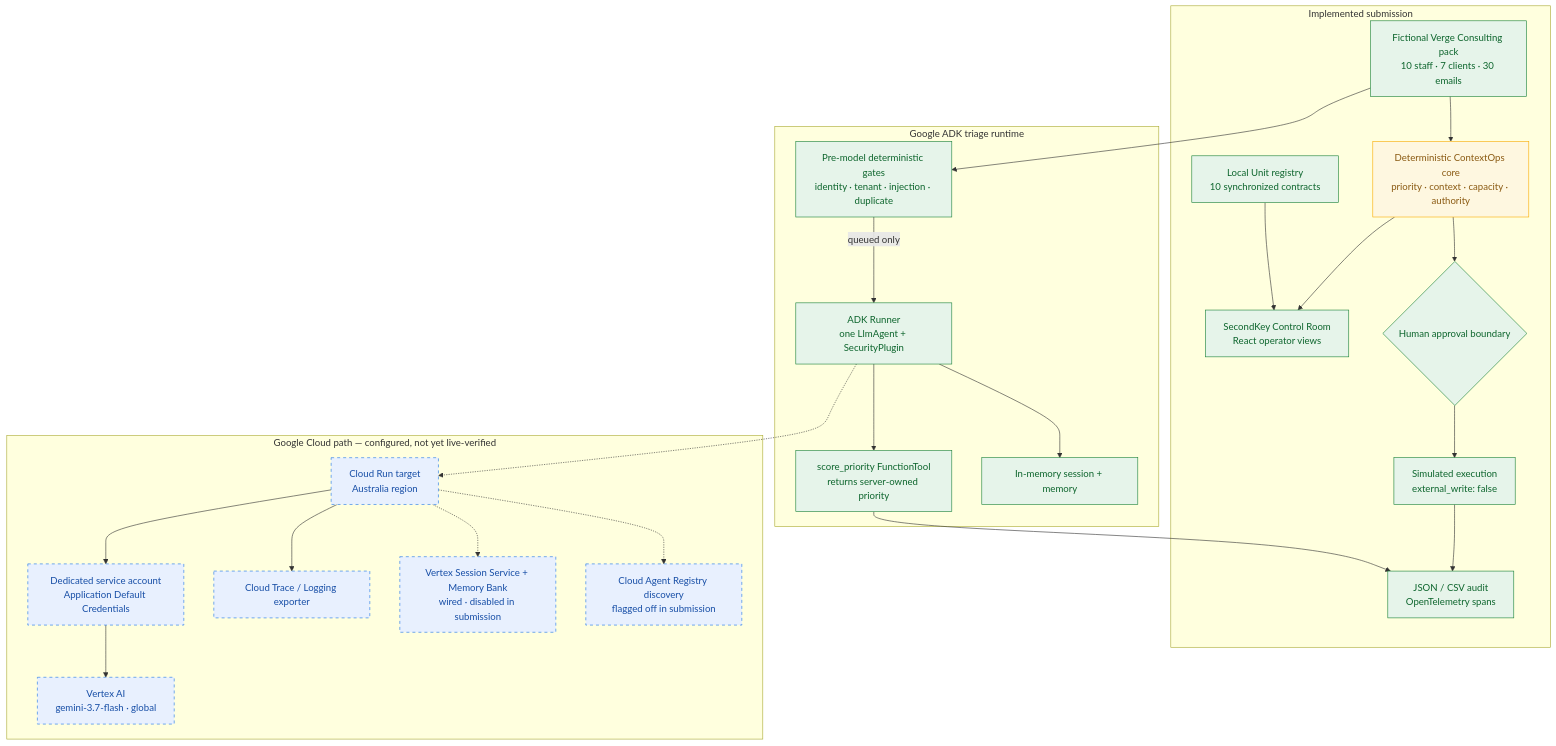
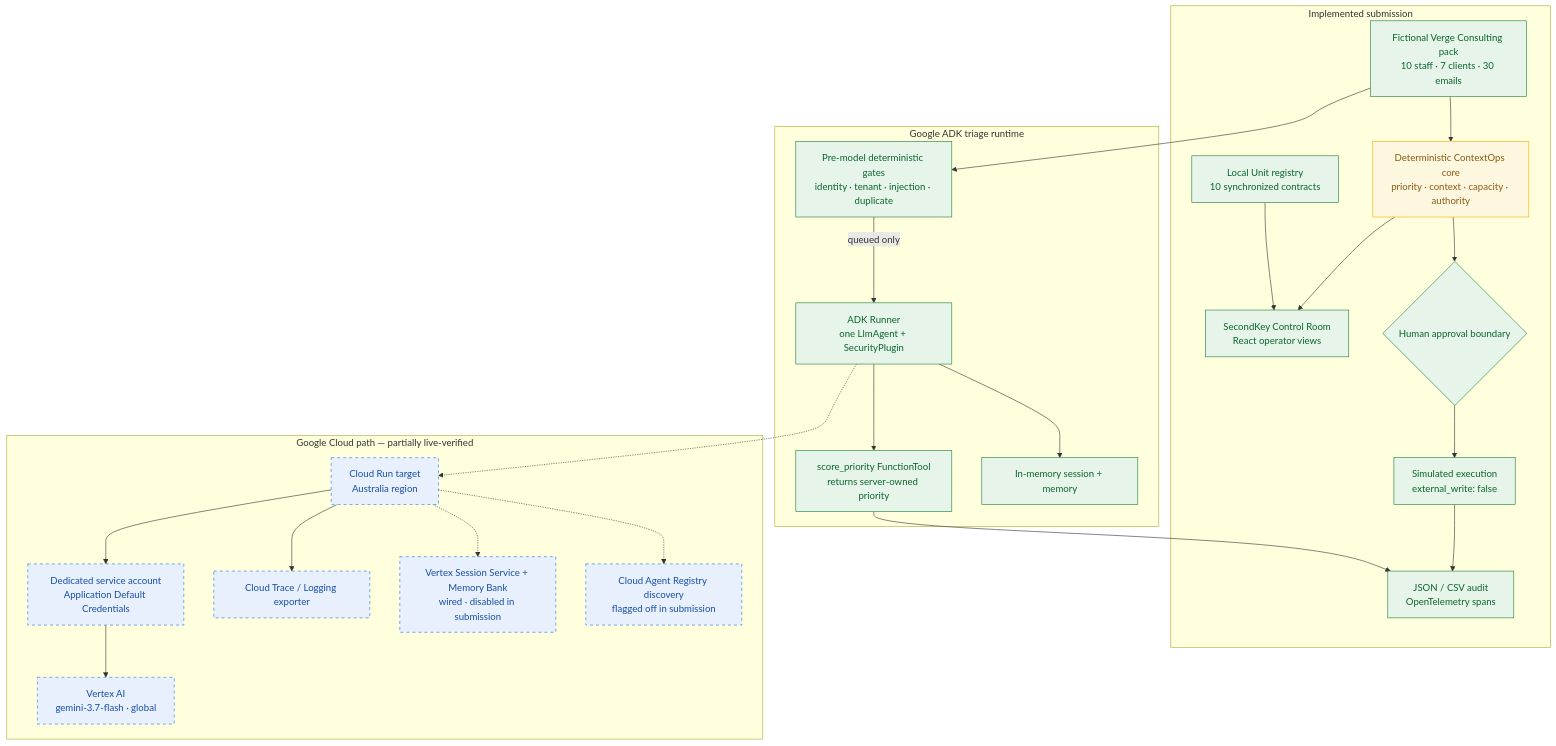
One commit to vcdwio/secondkey changed the first of 3 diagrams in ARCHITECTURE_DIAGRAM.md. Above: the diagram before and after it, drawn with Mermaid. The commit also changed other lines of this file and 3 other files, not shown here.

Commit message:
docs: record live cloud verification status

````diff
--- a/ARCHITECTURE_DIAGRAM.md
+++ b/ARCHITECTURE_DIAGRAM.md
@@ -11,56 +13,56 @@
 ```mermaid
 flowchart TB
     subgraph local["Implemented submission"]
         UI["SecondKey Control Room<br/>React operator views"]
         DATA["Fictional Verge Consulting pack<br/>10 staff · 7 clients · 30 emails"]
         CORE["Deterministic ContextOps core<br/>priority · context · capacity · authority"]
         APPROVAL{"Human approval boundary"}
         SIM["Simulated execution<br/>external_write: false"]
         AUDIT["JSON / CSV audit<br/>OpenTelemetry spans"]
         REG["Local Unit registry<br/>10 synchronized contracts"]
 
         DATA --> CORE
         CORE --> UI
         CORE --> APPROVAL
         APPROVAL --> SIM
         SIM --> AUDIT
         REG --> UI
     end
 
     subgraph agent["Google ADK triage runtime"]
         GATES["Pre-model deterministic gates<br/>identity · tenant · injection · duplicate"]
         RUN["ADK Runner<br/>one LlmAgent + SecurityPlugin"]
         TOOL["score_priority FunctionTool<br/>returns server-owned priority"]
         MEM["In-memory session + memory"]
 
         GATES -->|"queued only"| RUN
         RUN --> TOOL
         RUN --> MEM
     end
 
     DATA --> GATES
     TOOL --> AUDIT
 
-    subgraph cloud["Google Cloud path — configured, not yet live-verified"]
+    subgraph cloud["Google Cloud path — partially live-verified"]
         CR["Cloud Run target<br/>Australia region"]
         SA["Dedicated service account<br/>Application Default Credentials"]
         VAI["Vertex AI<br/>gemini-3.7-flash · global"]
         TRACE["Cloud Trace / Logging exporter"]
         PERSIST["Vertex Session Service + Memory Bank<br/>wired · disabled in submission"]
         DISC["Cloud Agent Registry discovery<br/>flagged off in submission"]
 
         CR --> SA --> VAI
         CR --> TRACE
         CR -.-> PERSIST
         CR -.-> DISC
     end
 
     RUN -.-> CR
 
     classDef verified fill:#e6f4ea,stroke:#188038,color:#0d652d
     classDef deterministic fill:#fef7e0,stroke:#f9ab00,color:#8a5a12
     classDef prepared fill:#e8f0fe,stroke:#1a73e8,color:#174ea6,stroke-dasharray:5 5
     class UI,DATA,APPROVAL,SIM,AUDIT,REG,GATES,RUN,TOOL,MEM verified
     class CORE deterministic
     class CR,SA,VAI,TRACE,PERSIST,DISC prepared
 ```
````
